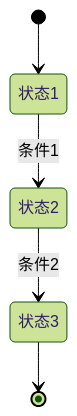
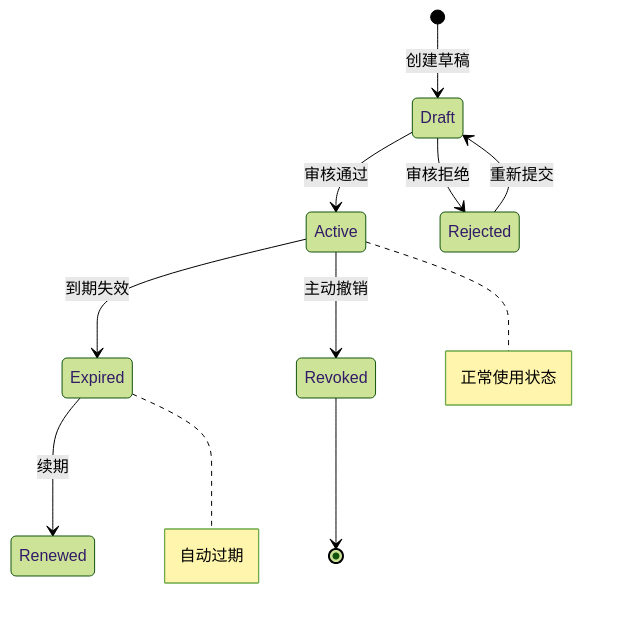
Before and after one commit to HaoranTong/ecommerce_platform: the fourth of 4 diagrams in docs/modules/quality-control/design.md, drawn with Mermaid (forest theme). The commit also changed other lines of this file and 6 other files, not shown here.

````diff
--- a/docs/modules/quality-control/design.md
+++ b/docs/modules/quality-control/design.md
@@ -138,7 +269,14 @@
 ```mermaid
 stateDiagram-v2
-    [*] --> 状态1
-    状态1 --> 状态2: 条件1
-    状态2 --> 状态3: 条件2
-    状态3 --> [*]
+    [*] --> Draft: 创建草稿
+    Draft --> Active: 审核通过
+    Draft --> Rejected: 审核拒绝
+    Active --> Expired: 到期失效
+    Active --> Revoked: 主动撤销
+    Expired --> Renewed: 续期
+    Rejected --> Draft: 重新提交
+    Revoked --> [*]
+    
+    note right of Active: 正常使用状态
+    note right of Expired: 自动过期
 ```
````
